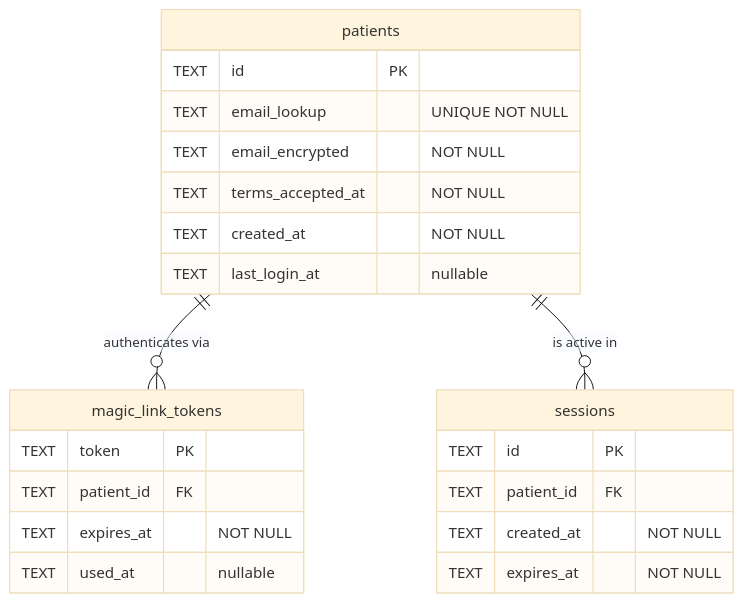
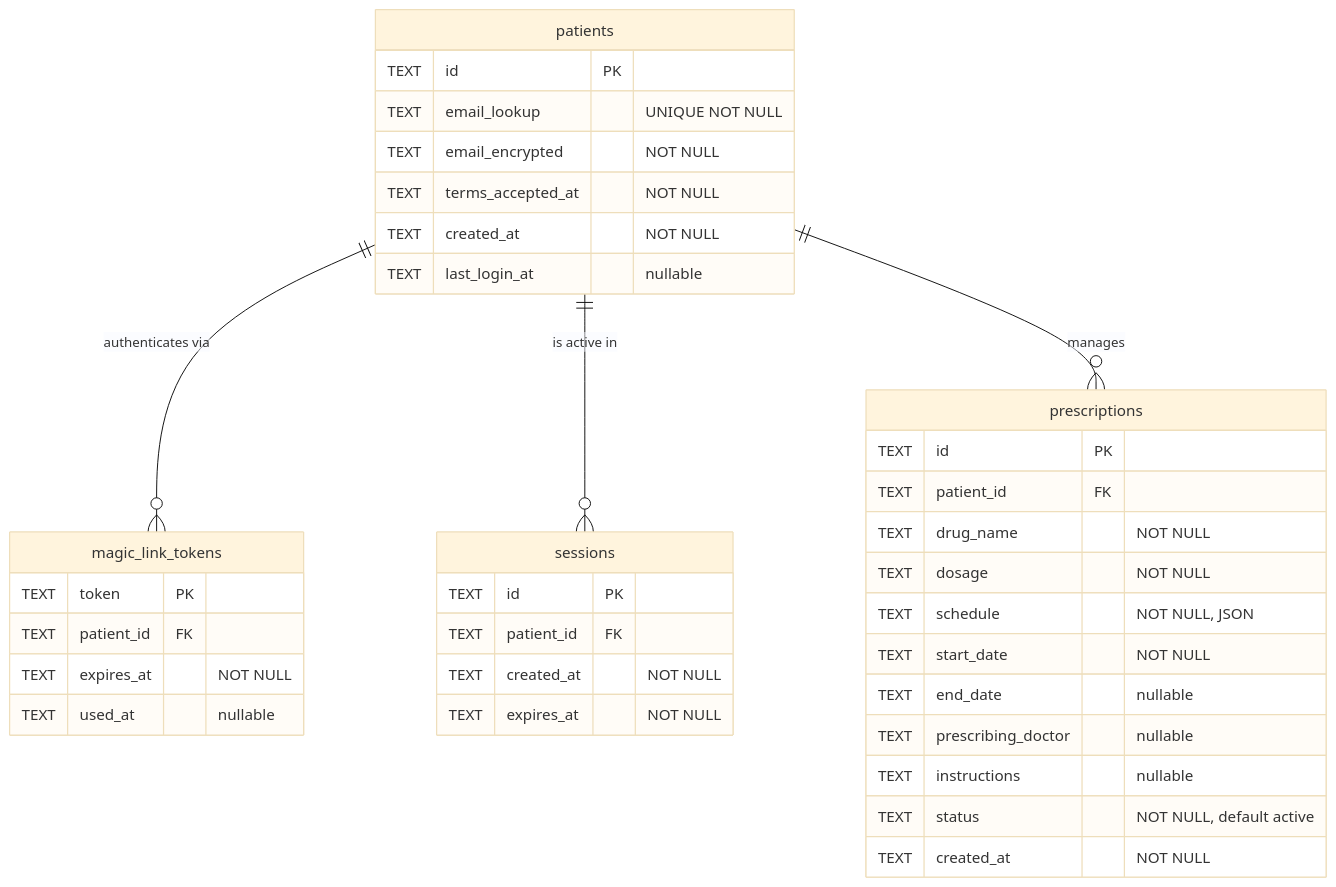
One commit to ianjmacintosh/pillbug changed the diagram in CONTEXT.md. Above: the diagram before and after it, drawn with Mermaid (base theme). The commit also changed 9 other files, not shown here.

````diff
--- a/CONTEXT.md
+++ b/CONTEXT.md
@@ -128,28 +128,43 @@
 ```mermaid
 erDiagram
     patients {
         TEXT id PK
         TEXT email_lookup "UNIQUE NOT NULL"
         TEXT email_encrypted "NOT NULL"
         TEXT terms_accepted_at "NOT NULL"
         TEXT created_at "NOT NULL"
         TEXT last_login_at "nullable"
     }
 
     magic_link_tokens {
         TEXT token PK
         TEXT patient_id FK
         TEXT expires_at "NOT NULL"
         TEXT used_at "nullable"
     }
 
     sessions {
         TEXT id PK
         TEXT patient_id FK
         TEXT created_at "NOT NULL"
         TEXT expires_at "NOT NULL"
     }
 
+    prescriptions {
+        TEXT id PK
+        TEXT patient_id FK
+        TEXT drug_name "NOT NULL"
+        TEXT dosage "NOT NULL"
+        TEXT schedule "NOT NULL, JSON"
+        TEXT start_date "NOT NULL"
+        TEXT end_date "nullable"
+        TEXT prescribing_doctor "nullable"
+        TEXT instructions "nullable"
+        TEXT status "NOT NULL, default active"
+        TEXT created_at "NOT NULL"
+    }
+
     patients ||--o{ magic_link_tokens : "authenticates via"
     patients ||--o{ sessions : "is active in"
+    patients ||--o{ prescriptions : "manages"
 ```
````
